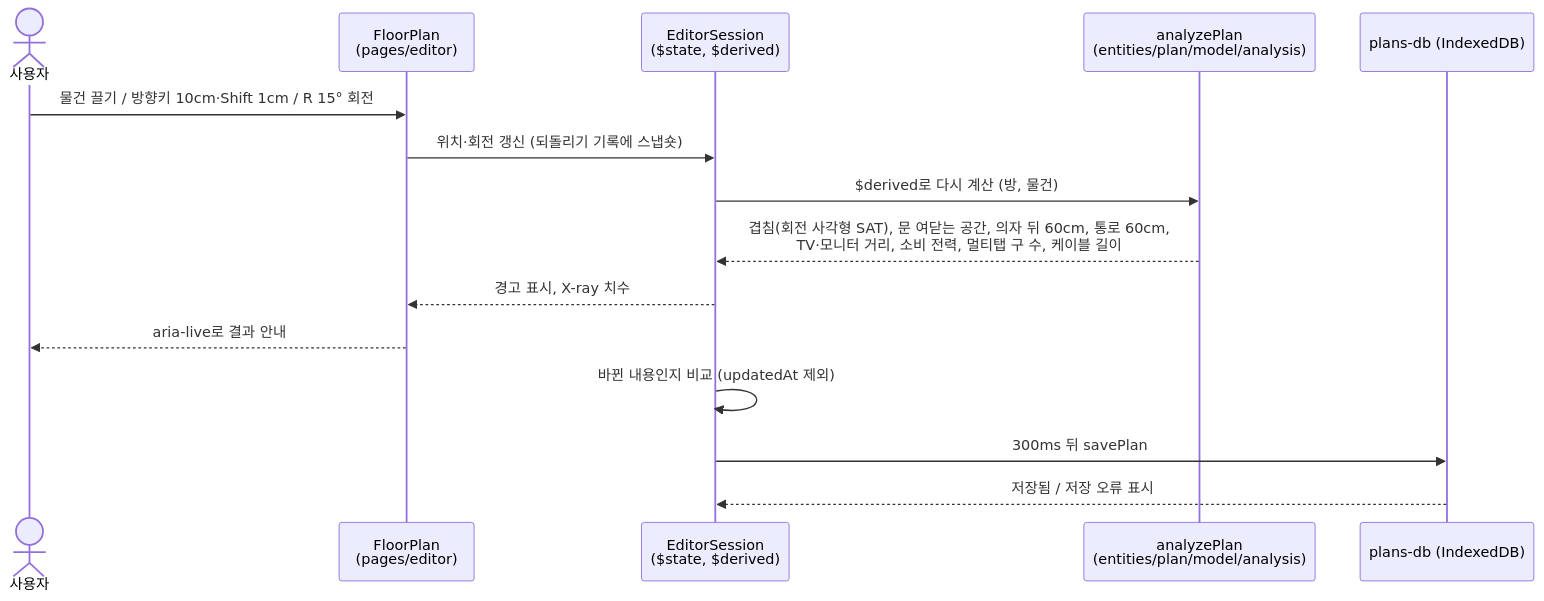
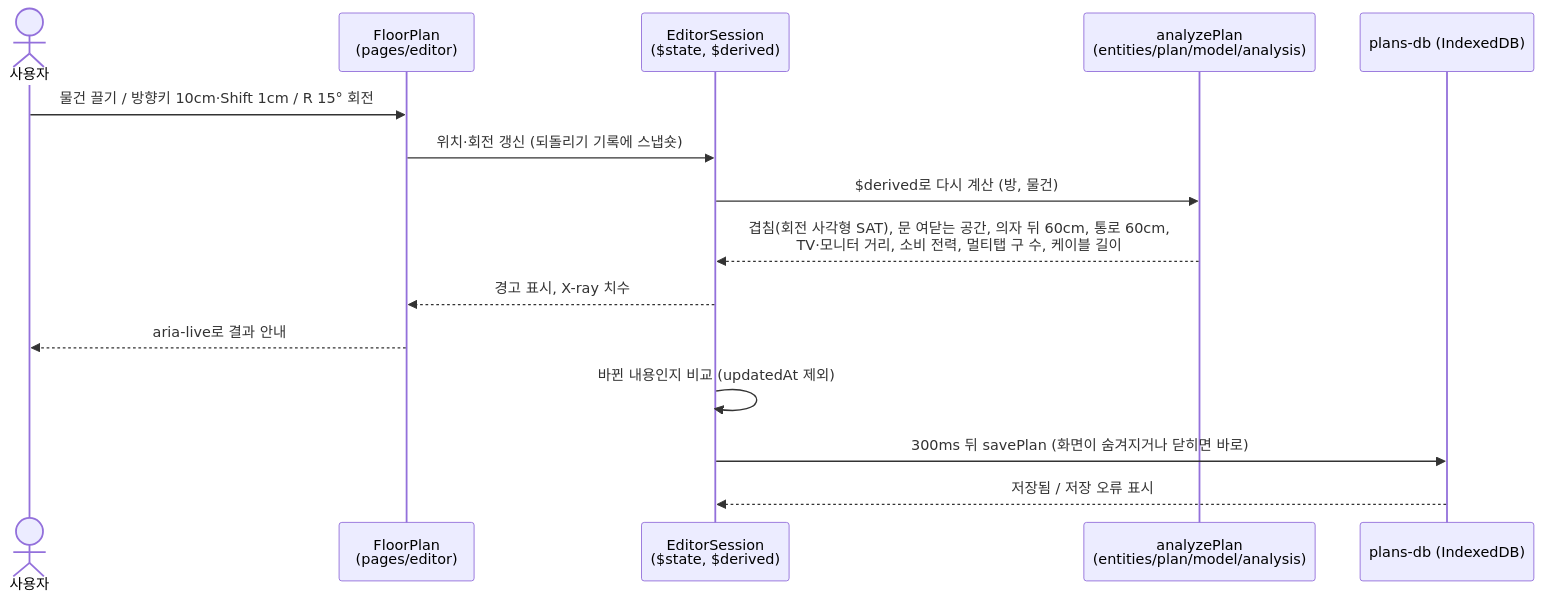
The first of 4 diagrams in docs/sequence-diagrams.md (ryushin01/V), drawn with Mermaid before and after one commit. The commit also changed other lines of this file and 23 other files, not shown here.

````diff
--- a/docs/sequence-diagrams.md
+++ b/docs/sequence-diagrams.md
@@ -7,18 +7,18 @@
 ```mermaid
 sequenceDiagram
     actor 사용자
     participant 도면 as FloorPlan<br/>(pages/editor)
     participant 세션 as EditorSession<br/>($state, $derived)
     participant 분석 as analyzePlan<br/>(entities/plan/model/analysis)
     participant 저장 as plans-db (IndexedDB)
 
     사용자->>도면: 물건 끌기 / 방향키 10cm·Shift 1cm / R 15° 회전
     도면->>세션: 위치·회전 갱신 (되돌리기 기록에 스냅숏)
     세션->>분석: $derived로 다시 계산 (방, 물건)
     분석-->>세션: 겹침(회전 사각형 SAT), 문 여닫는 공간, 의자 뒤 60cm, 통로 60cm,<br/>TV·모니터 거리, 소비 전력, 멀티탭 구 수, 케이블 길이
     세션-->>도면: 경고 표시, X-ray 치수
     도면-->>사용자: aria-live로 결과 안내
     세션->>세션: 바뀐 내용인지 비교 (updatedAt 제외)
-    세션->>저장: 300ms 뒤 savePlan
+    세션->>저장: 300ms 뒤 savePlan (화면이 숨겨지거나 닫히면 바로)
     저장-->>세션: 저장됨 / 저장 오류 표시
 ```
````
